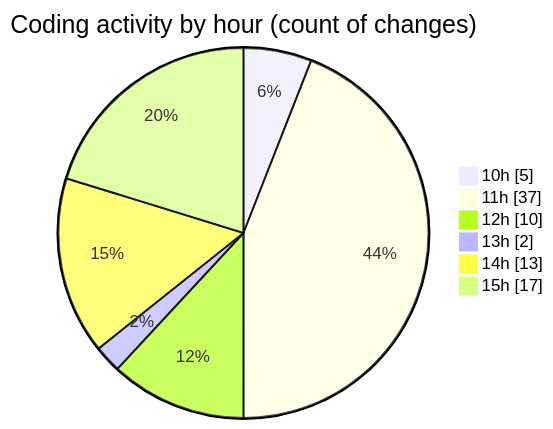
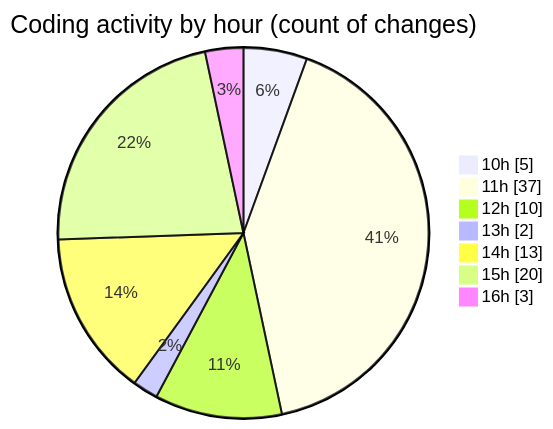
Before and after one commit to momahboobian/code-tracking: the second of 2 diagrams in 2025-07-07/cda/README.md, drawn with Mermaid. The commit also changed other lines of this file and 1 other file, not shown here.

````diff
--- a/2025-07-07/cda/README.md
+++ b/2025-07-07/cda/README.md
@@ -42,10 +44,11 @@
 ```mermaid
 pie showData
 title Coding activity by hour (count of changes)
 "10h" : 5
 "11h" : 37
 "12h" : 10
 "13h" : 2
 "14h" : 13
-"15h" : 17
+"15h" : 20
+"16h" : 3
 ```
````
